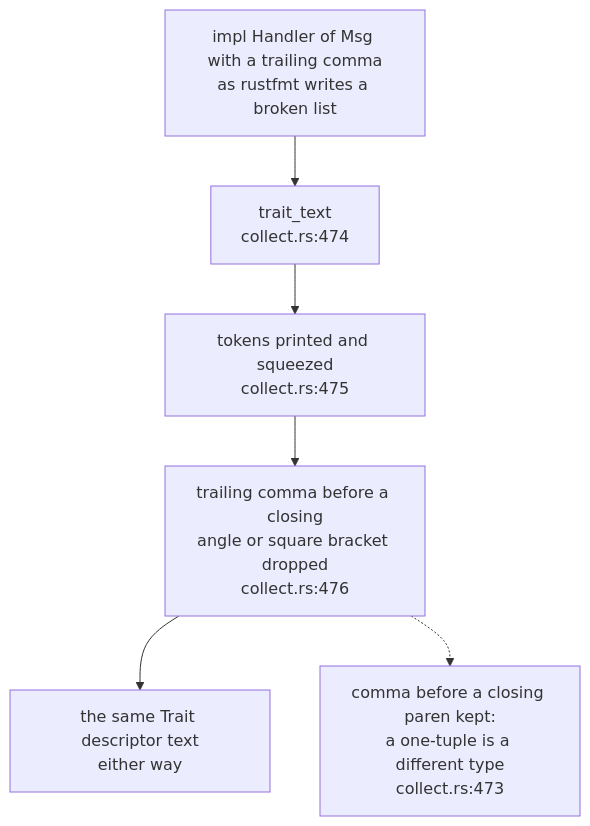
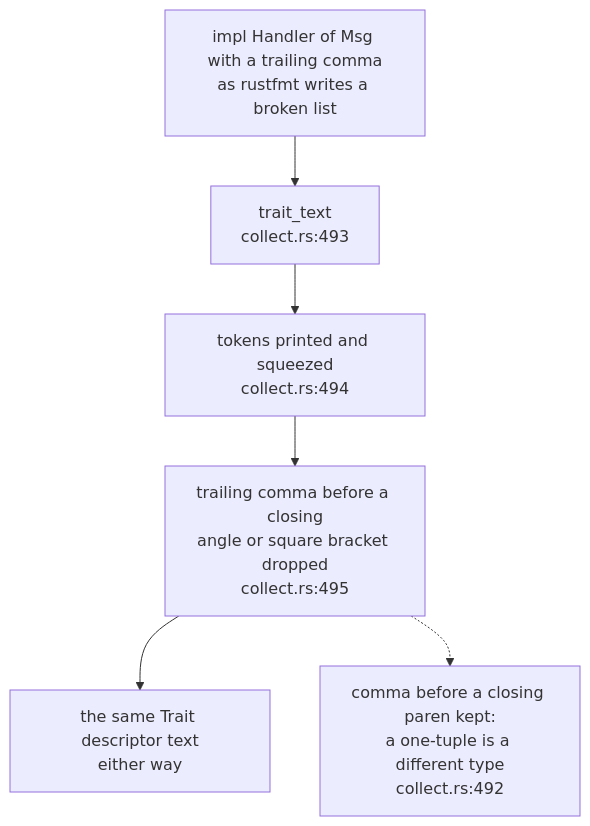
One commit to DreamLab-AI/codemaid changed the fourth of 5 diagrams in docs/diagrams/extract/02-minting-ids-for-definitions.md. Above: the diagram before and after it, drawn with Mermaid. The commit also changed other lines of this file and 8 other files, not shown here.

First line of the commit message:
docs(diagrams): restamp the extract topics to fec7aff; record the generics fix

````diff
--- a/docs/diagrams/extract/02-minting-ids-for-definitions.md
+++ b/docs/diagrams/extract/02-minting-ids-for-definitions.md
@@ -160,11 +160,11 @@
 ```mermaid
 flowchart TB
     W["impl Handler of Msg with a trailing comma<br/>as rustfmt writes a broken list"]
-    TT["trait_text<br/>collect.rs:474"]
-    TK["tokens printed and squeezed<br/>collect.rs:475"]
-    TC["trailing comma before a closing<br/>angle or square bracket dropped<br/>collect.rs:476"]
-    KEEP["comma before a closing paren kept:<br/>a one-tuple is a different type<br/>collect.rs:473"]
+    TT["trait_text<br/>collect.rs:493"]
+    TK["tokens printed and squeezed<br/>collect.rs:494"]
+    TC["trailing comma before a closing<br/>angle or square bracket dropped<br/>collect.rs:495"]
+    KEEP["comma before a closing paren kept:<br/>a one-tuple is a different type<br/>collect.rs:492"]
     ID["the same Trait descriptor text<br/>either way"]
     W --> TT --> TK --> TC --> ID
     TC -.-> KEEP
 ```
````
